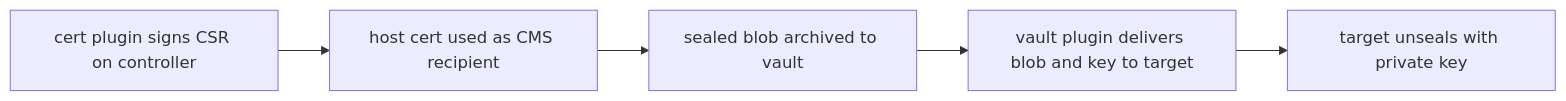
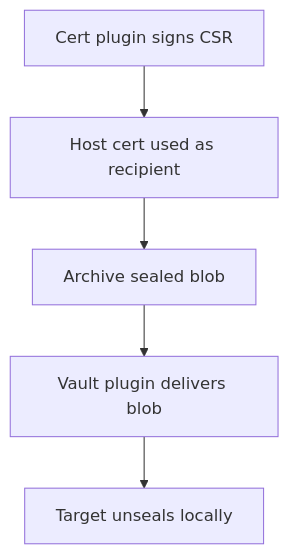
Diagram 14 of 14 in docs/vault-use-cases.md (gprocunier/eigenstate-ipa), drawn with Mermaid before and after one commit. The commit also changed other lines of this file and 12 other files, not shown here.

Commit message:
Clean up Mermaid diagrams across docs

````diff
--- a/docs/vault-use-cases.md
+++ b/docs/vault-use-cases.md
@@ -551,7 +560,10 @@
 ```mermaid
-flowchart LR
-    A["cert plugin signs CSR on controller"] --> B["host cert used as CMS recipient"]
-    B --> C["sealed blob archived to vault"]
-    C --> D["vault plugin delivers blob and key to target"]
-    D --> E["target unseals with private key"]
+flowchart TD
+    sign["Cert plugin signs CSR"]
+    seal["Host cert used as recipient"]
+    archive["Archive sealed blob"]
+    deliver["Vault plugin delivers blob"]
+    unseal["Target unseals locally"]
+
+    sign --> seal --> archive --> deliver --> unseal
 ```
````
